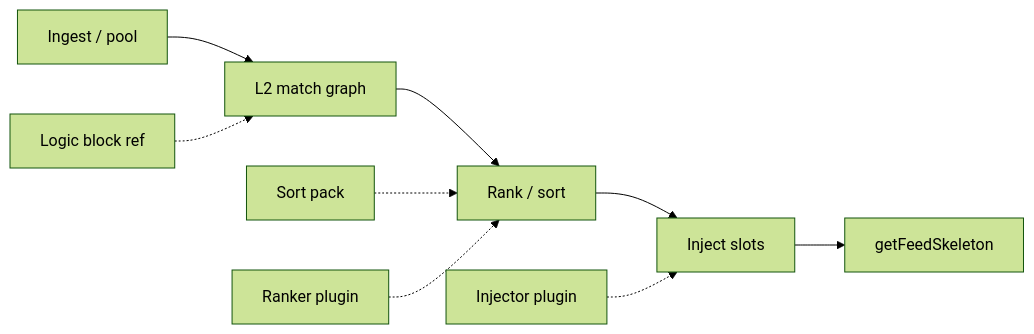
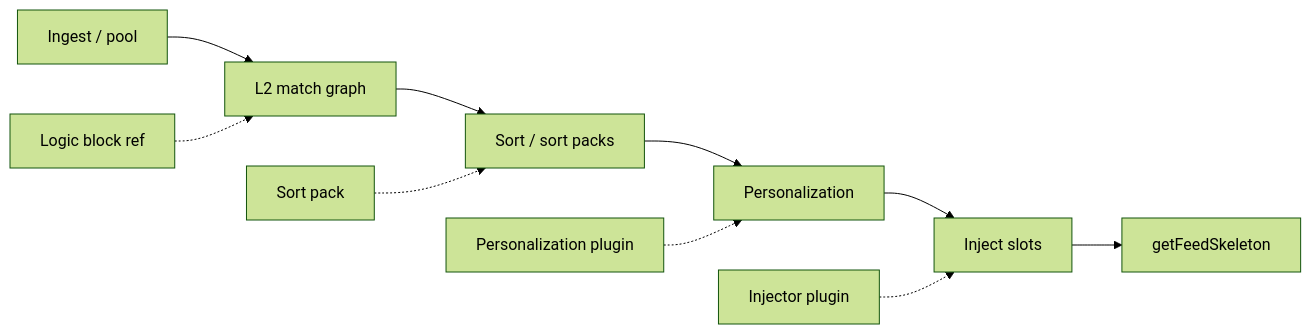
One commit to femavibes/fema-feeds changed the diagram in docs/MARKETPLACE_ECOSYSTEM.md. Above: the diagram before and after it, drawn with Mermaid (forest theme). The commit also changed other lines of this file and 109 other files, not shown here.

````diff
--- a/docs/MARKETPLACE_ECOSYSTEM.md
+++ b/docs/MARKETPLACE_ECOSYSTEM.md
@@ -44,11 +46,12 @@
 ```mermaid
 flowchart LR
   ING[Ingest / pool] --> L2[L2 match graph]
-  L2 --> RANK[Rank / sort]
-  RANK --> INJ[Inject slots]
+  L2 --> SORT[Sort / sort packs]
+  SORT --> PERS[Personalization]
+  PERS --> INJ[Inject slots]
   INJ --> SKEL[getFeedSkeleton]
   LB[Logic block ref] -.-> L2
-  SP[Sort pack] -.-> RANK
-  RK[Ranker plugin] -.-> RANK
+  SP[Sort pack] -.-> SORT
+  PK[Personalization plugin] -.-> PERS
   AD[Injector plugin] -.-> INJ
 ```
````
